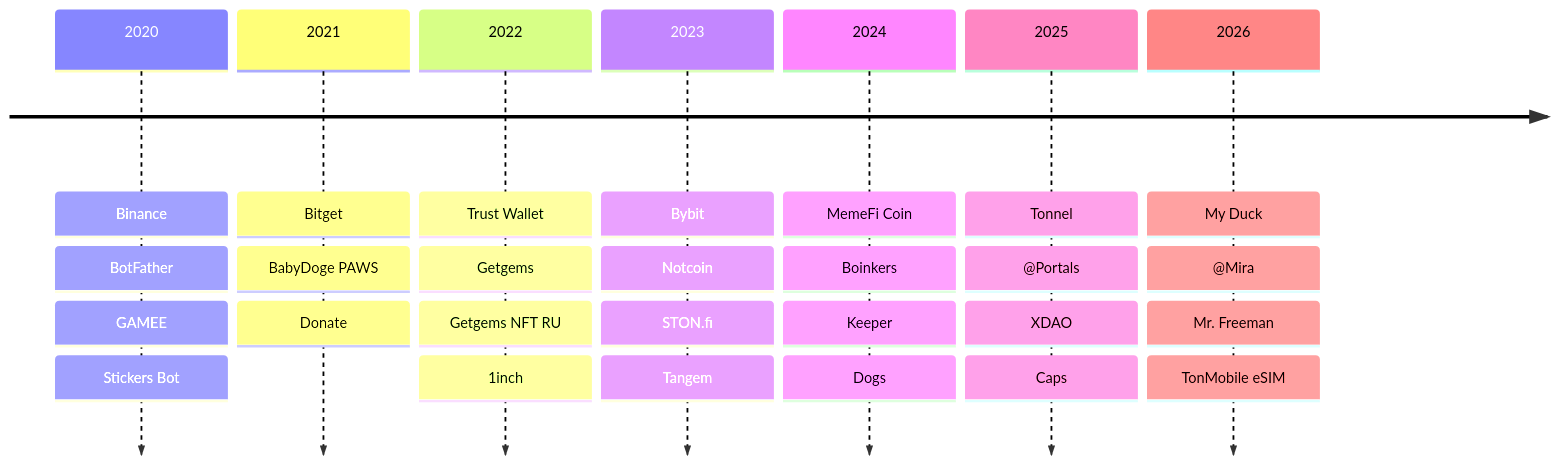
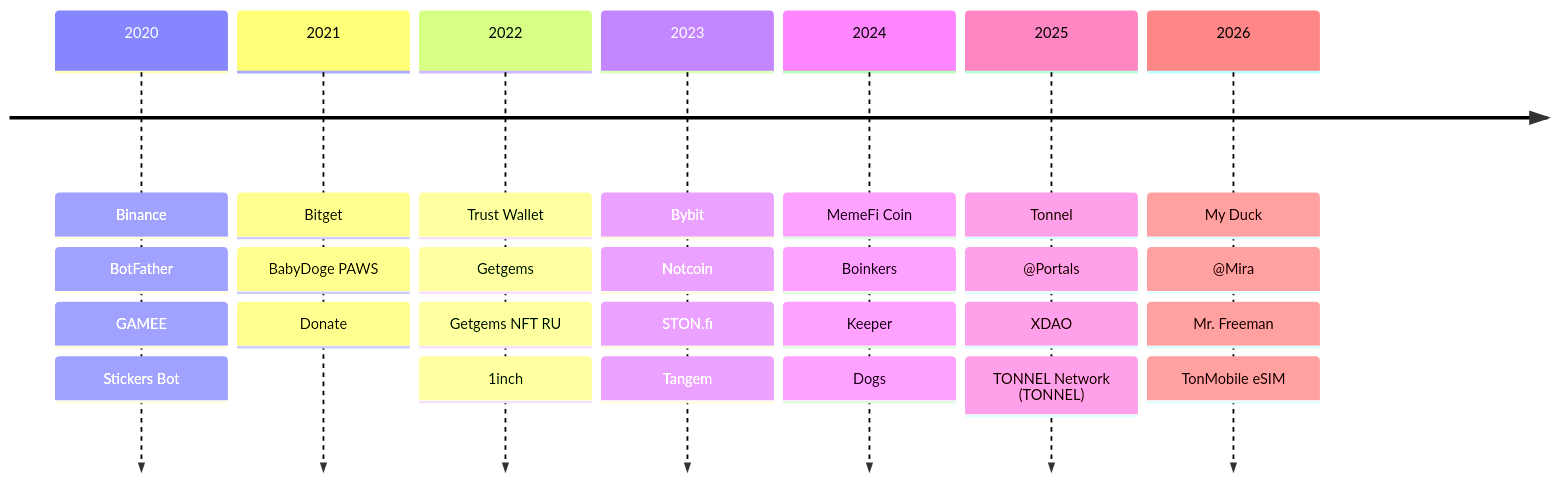
The third of 4 diagrams in README.md (vitalikgpt/gram-ecosystem), drawn with Mermaid before and after one commit. The commit also changed other lines of this file and 71 other files, not shown here.

````diff
--- a/README.md
+++ b/README.md
@@ -109,10 +109,10 @@
 ```mermaid
 timeline
   2020 : Binance : BotFather : GAMEE : Stickers Bot
   2021 : Bitget : BabyDoge PAWS : Donate
   2022 : Trust Wallet : Getgems : Getgems NFT RU : 1inch
   2023 : Bybit : Notcoin : STON.fi : Tangem
   2024 : MemeFi Coin : Boinkers : Keeper : Dogs
-  2025 : Tonnel : @Portals : XDAO : Caps
+  2025 : Tonnel : @Portals : XDAO : TONNEL Network (TONNEL)
   2026 : My Duck : @Mira : Mr. Freeman : TonMobile eSIM
 ```
````
